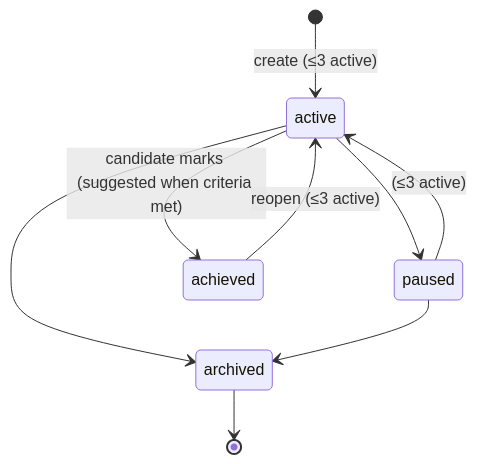
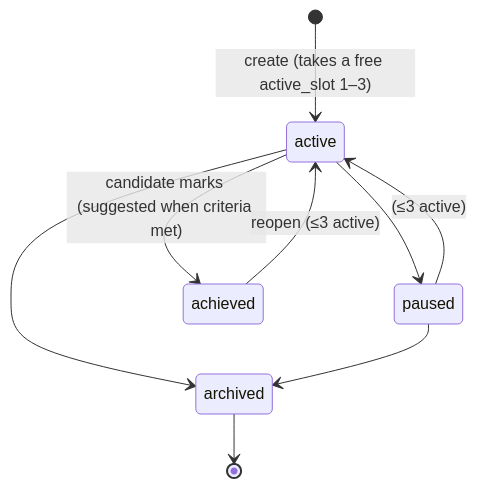
One commit to arvindsoni2/hatch changed the fifth of 10 diagrams in docs/implementation-specs/active/2026-10-22-coach-phase2-readiness-loop.md. Above: the diagram before and after it, drawn with Mermaid. The commit also changed other lines of this file and 20 other files, not shown here.

````diff
--- a/docs/implementation-specs/active/2026-10-22-coach-phase2-readiness-loop.md
+++ b/docs/implementation-specs/active/2026-10-22-coach-phase2-readiness-loop.md
@@ -494,11 +601,11 @@
 ```mermaid
 stateDiagram-v2
-  [*] --> active: create (≤3 active)
+  [*] --> active: create (takes a free active_slot 1–3)
   active --> paused
   paused --> active: (≤3 active)
   active --> achieved: candidate marks (suggested when criteria met)
   active --> archived
   paused --> archived
   achieved --> active: reopen (≤3 active)
   archived --> [*]
 ```
````
